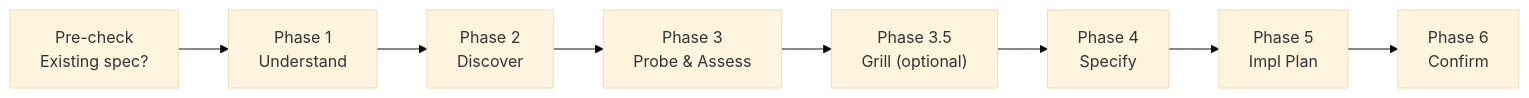
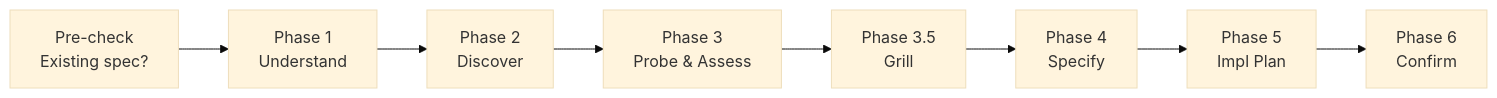
The first of 2 diagrams in .agents/skills/specify/docs/README.md (Amirault/DevGate), drawn with Mermaid (base theme) before and after one commit. The commit also changed other lines of this file and 35 other files, not shown here.

````diff
--- a/.agents/skills/specify/docs/README.md
+++ b/.agents/skills/specify/docs/README.md
@@ -15,10 +15,10 @@
 ```mermaid
 flowchart LR
     Pre["Pre-check\nExisting spec?"] --> P1["Phase 1\nUnderstand"]
     P1 --> P2["Phase 2\nDiscover"]
     P2 --> P3["Phase 3\nProbe & Assess"]
-    P3 --> P3_5["Phase 3.5\nGrill (optional)"]
+    P3 --> P3_5["Phase 3.5\nGrill"]
     P3_5 --> P4["Phase 4\nSpecify"]
     P4 --> P5["Phase 5\nImpl Plan"]
     P5 --> P6["Phase 6\nConfirm"]
 ```
````
